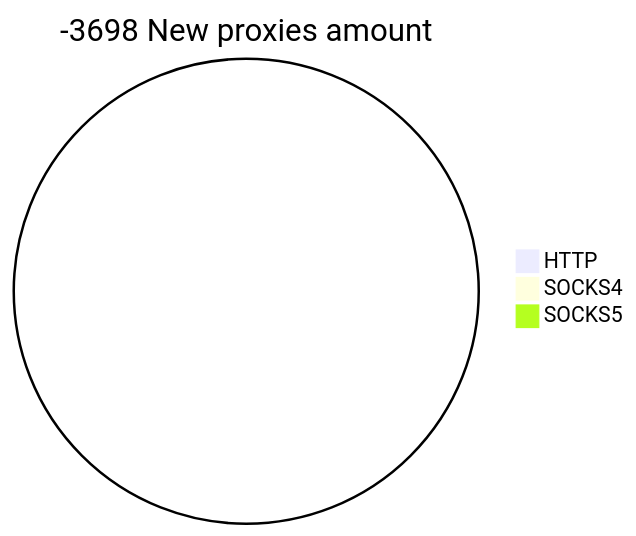
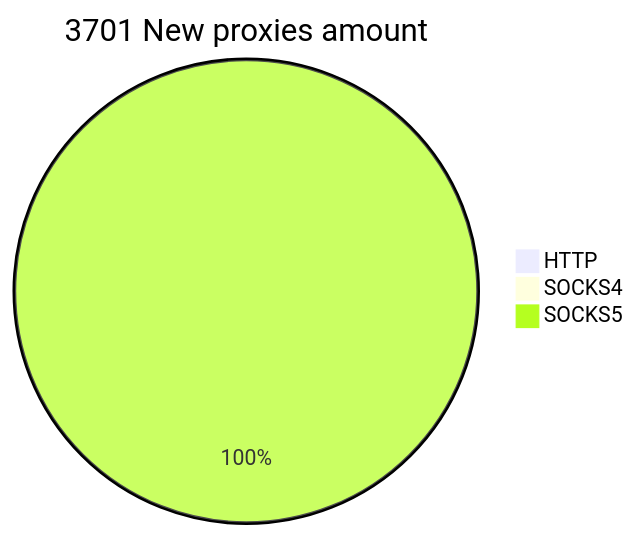
One commit to cutipu/proxylist changed the second of 2 diagrams in README.md. Above: the diagram before and after it, drawn with Mermaid. The commit also changed other lines of this file, not shown here.

````diff
--- a/README.md
+++ b/README.md
@@ -10,6 +10,6 @@
 ```mermaid
-pie title -3698 New proxies amount
-    "HTTP" : 0
+pie title 3701 New proxies amount
+    "HTTP" : 2
     "SOCKS4" : 0
-    "SOCKS5" : 0
+    "SOCKS5" : 3699
 ```
````
